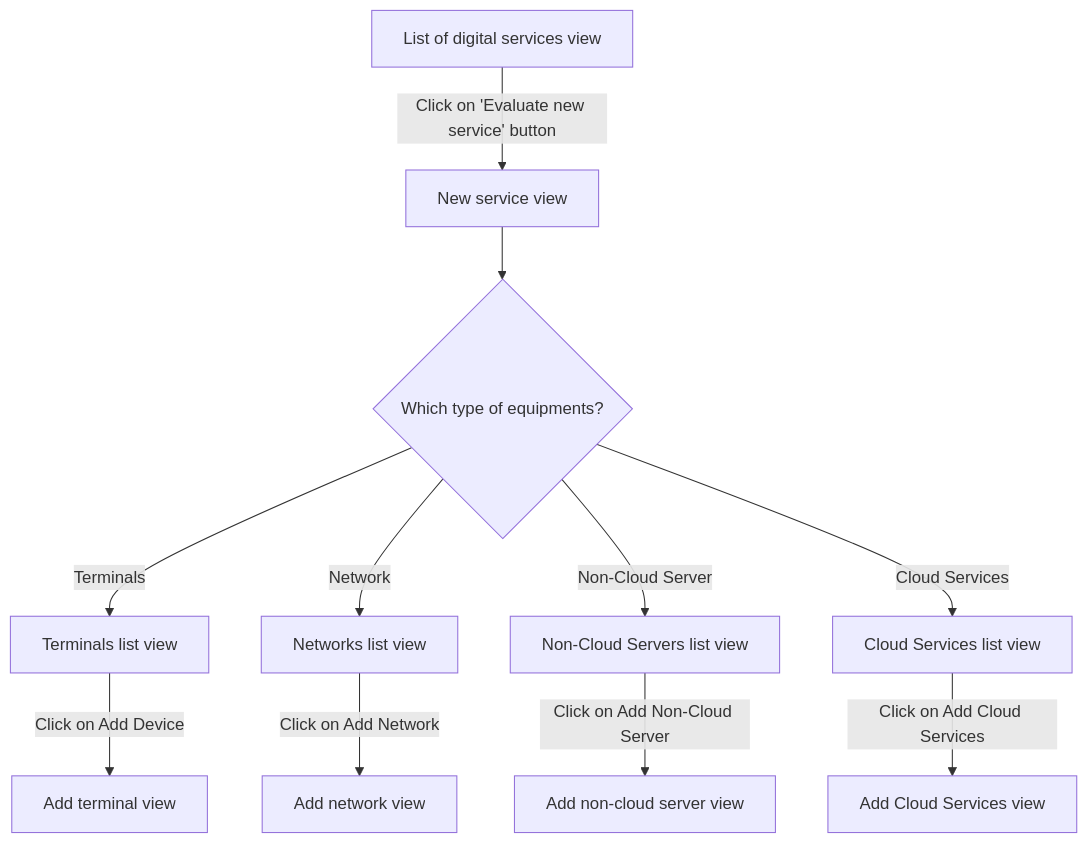
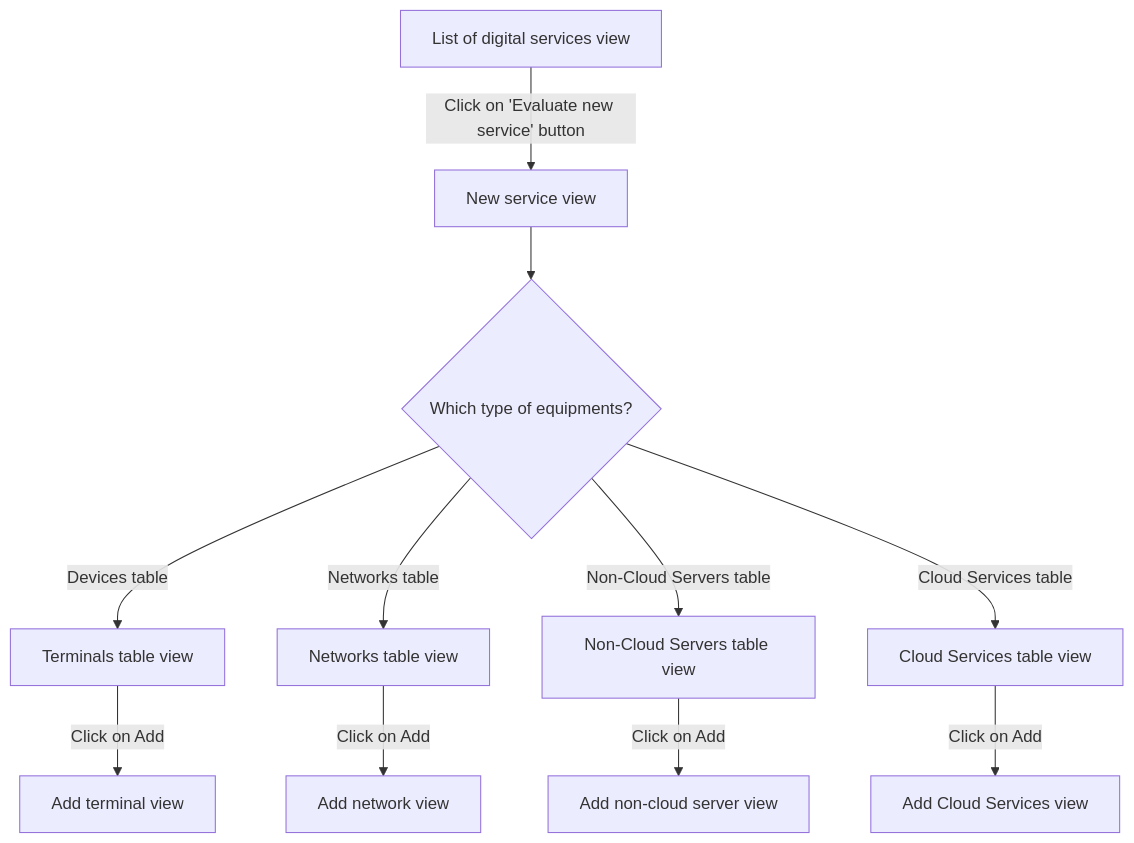
Before and after one commit to teamg4it/g4it: the first of 2 diagrams in services/documentation/content/2-functional-documentation/use_cases/uc_digital_services/uc2_create_visualize_digital_service.md, drawn with Mermaid. The commit also changed other lines of this file and 4 other files, not shown here.

```diff
--- a/services/documentation/content/2-functional-documentation/use_cases/uc_digital_services/uc2_create_visualize_digital_service.md
+++ b/services/documentation/content/2-functional-documentation/use_cases/uc_digital_services/uc2_create_visualize_digital_service.md
@@ -32,12 +32,12 @@
 {{< mermaid align="center">}}
 graph TD;
 Step1[List of digital services view] -->|Click on 'Evaluate new service' button| Step2[New service view] -->Decision1{Which type of equipments?}
-Decision1 -->|Terminals| Step3[Terminals list view]
-Decision1 -->|Network| Step4[Networks list view]
-Decision1 -->|Non-Cloud Server| Step5[Non-Cloud Servers list view]
-Decision1 -->|Cloud Services| Step51[Cloud Services list view]
-Step3 -->|Click on Add Device|Step6[Add terminal view]
-Step4 -->|Click on Add Network|Step7[Add network view]
-Step5 -->|Click on Add Non-Cloud Server|Step8[Add non-cloud server view]
-Step51 -->|Click on Add Cloud Services|Step81[Add Cloud Services view]
+Decision1 -->|Devices table| Step3[Terminals table view]
+Decision1 -->|Networks table| Step4[Networks table view]
+Decision1 -->|Non-Cloud Servers table| Step5[Non-Cloud Servers table view]
+Decision1 -->|Cloud Services table| Step51[Cloud Services table view]
+Step3 -->|Click on Add|Step6[Add terminal view]
+Step4 -->|Click on Add|Step7[Add network view]
+Step5 -->|Click on Add|Step8[Add non-cloud server view]
+Step51 -->|Click on Add|Step81[Add Cloud Services view]
 {{< /mermaid >}}
```
